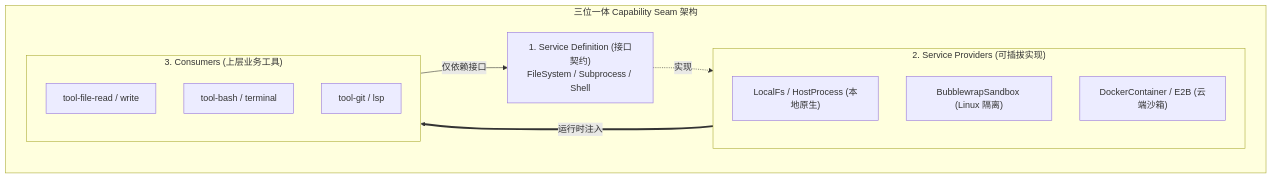
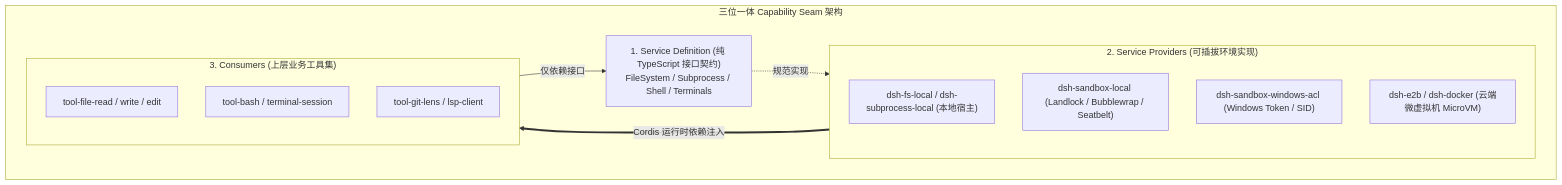
The first of 2 diagrams in content/posts/dsh-04-capability-seams-and-sandbox.md (MoreConsequence/MoreConsequence.github.io), drawn with Mermaid before and after one commit. The commit also changed other lines of this file and 11 other files, not shown here.

````diff
--- a/content/posts/dsh-04-capability-seams-and-sandbox.md
+++ b/content/posts/dsh-04-capability-seams-and-sandbox.md
@@ -30,22 +31,23 @@
 ```mermaid
 flowchart TD
     subgraph Seam["三位一体 Capability Seam 架构"]
-        Def["1. Service Definition (接口契约)<br/>FileSystem / Subprocess / Shell"]
+        Def["1. Service Definition (纯 TypeScript 接口契约)<br/>FileSystem / Subprocess / Shell / Terminals"]
         
-        subgraph Providers["2. Service Providers (可插拔实现)"]
-            P1["LocalFs / HostProcess (本地原生)"]
-            P2["BubblewrapSandbox (Linux 隔离)"]
-            P3["DockerContainer / E2B (云端沙箱)"]
+        subgraph Providers["2. Service Providers (可插拔环境实现)"]
+            P1["dsh-fs-local / dsh-subprocess-local (本地宿主)"]
+            P2["dsh-sandbox-local (Landlock / Bubblewrap / Seatbelt)"]
+            P3["dsh-sandbox-windows-acl (Windows Token / SID)"]
+            P4["dsh-e2b / dsh-docker (云端微虚拟机 MicroVM)"]
         end
         
-        subgraph Consumers["3. Consumers (上层业务工具)"]
-            C1["tool-file-read / write"]
-            C2["tool-bash / terminal"]
-            C3["tool-git / lsp"]
+        subgraph Consumers["3. Consumers (上层业务工具集)"]
+            C1["tool-file-read / write / edit"]
+            C2["tool-bash / terminal-session"]
+            C3["tool-git-lens / lsp-client"]
         end
         
-        Def -.->|"实现"| Providers
+        Def -.->|"规范实现"| Providers
         Consumers -->|"仅依赖接口"| Def
-        Providers ==>|"运行时注入"| Consumers
+        Providers ==>|"Cordis 运行时依赖注入"| Consumers
     end
 ```
````
